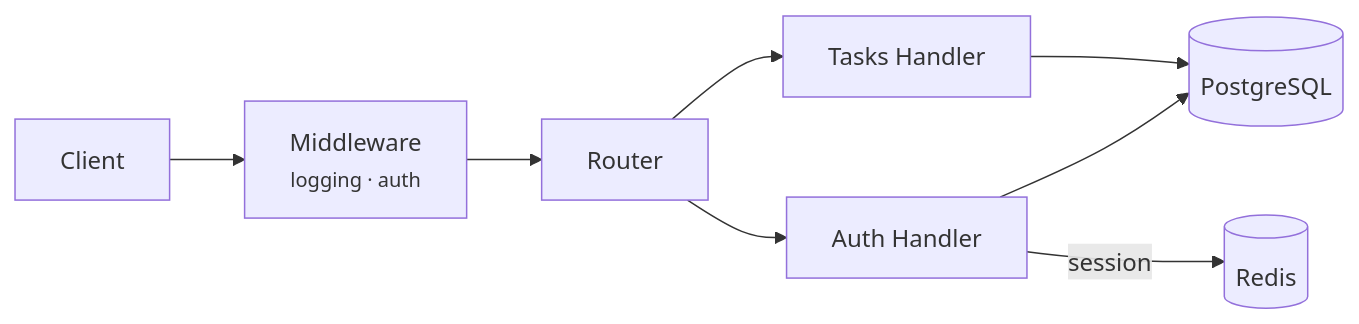
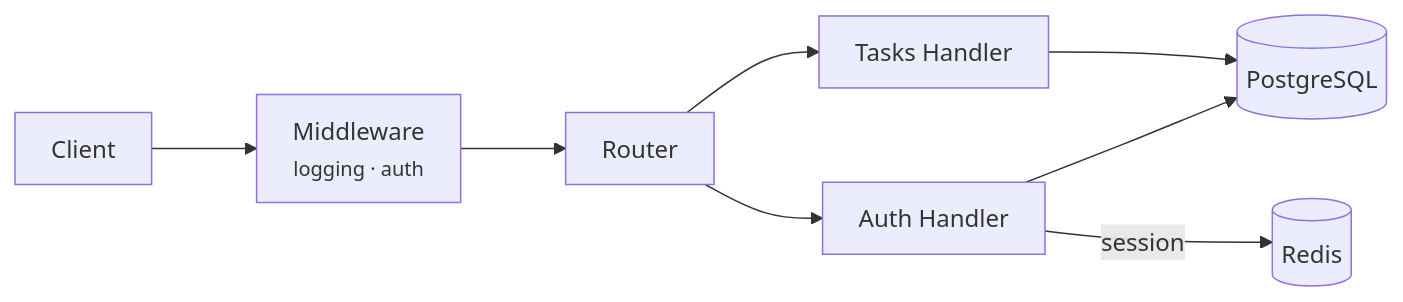
Before and after one commit to fax1le/task-ledger: the diagram in README.md, drawn with Mermaid.

Commit message:
readme.md

````diff
--- a/README.md
+++ b/README.md
@@ -10,10 +10,11 @@
 ```mermaid
+%%{init: {'flowchart':{'nodeSpacing':45,'rankSpacing':70,'padding':12,'htmlLabels':true}}}%%
 flowchart LR
     Client --> MW["Middleware<br><small>logging · auth</small>"]
     MW --> Router
     Router --> Auth["Auth Handler"]
     Router --> Tasks["Tasks Handler"]
     Auth --> PG[(PostgreSQL)]
     Auth -- session --> Redis[(Redis)]
     Tasks --> PG
 ```
````
